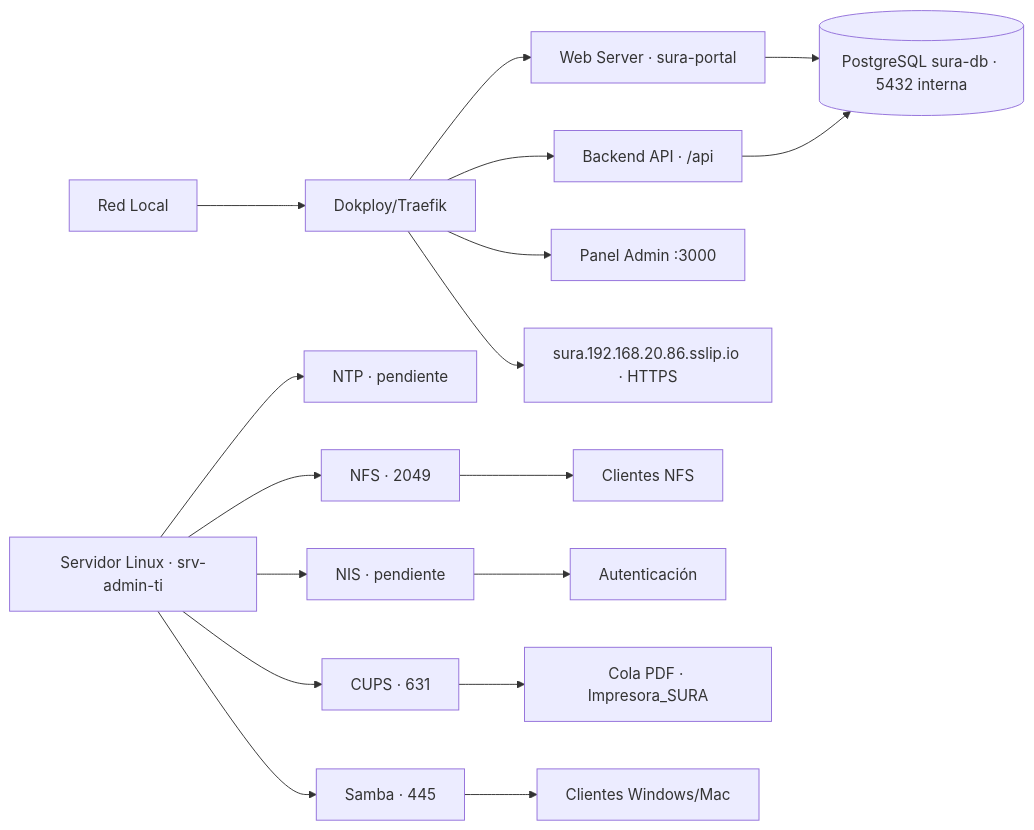
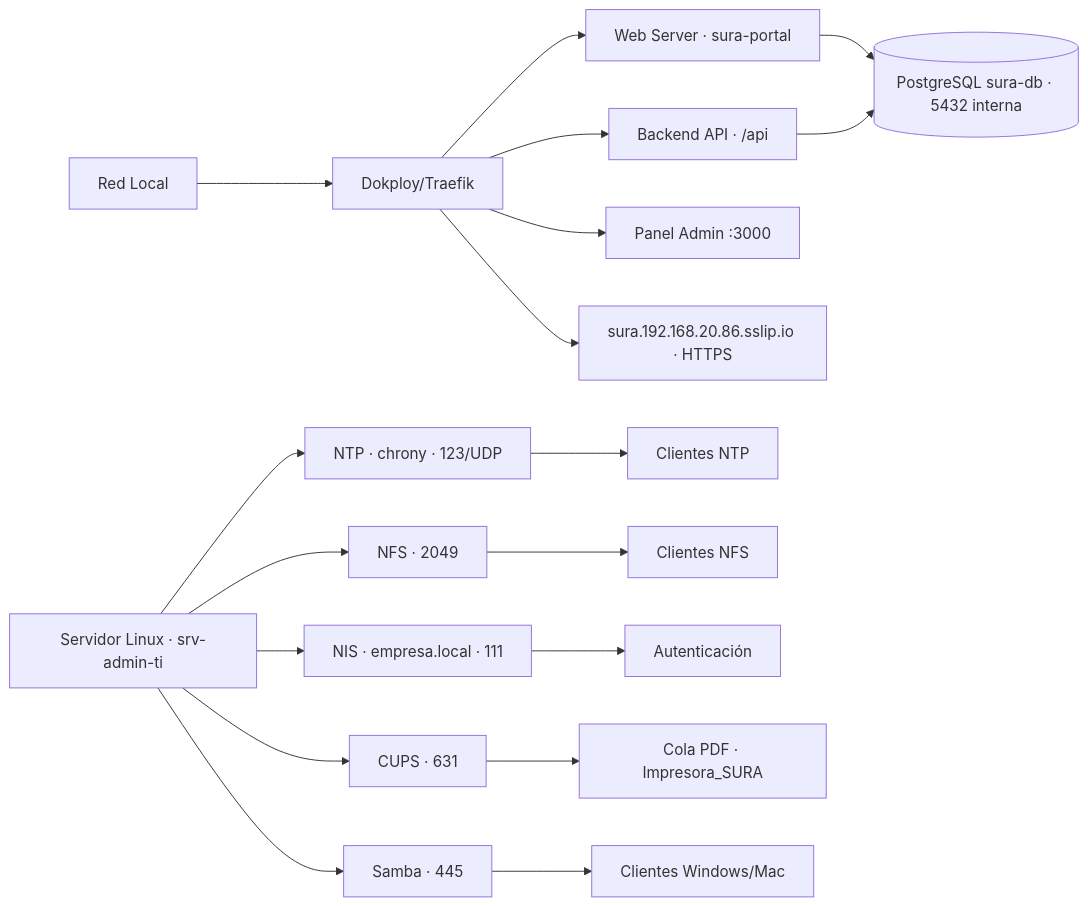
The diagram in analisis.md (optitudes/sura_admin_ti), drawn with Mermaid before and after one commit. The commit also changed other lines of this file and 22 other files, not shown here.

````diff
--- a/analisis.md
+++ b/analisis.md
@@ -111,19 +144,20 @@
 ```mermaid
 graph LR
     A[Red Local] --> B[Dokploy/Traefik]
     B --> C[Web Server · sura-portal]
     B --> D[Backend API · /api]
     B --> E[Panel Admin :3000]
-    F[Servidor Linux · srv-admin-ti] --> G[NTP · pendiente]
+    F[Servidor Linux · srv-admin-ti] --> G[NTP · chrony · 123/UDP]
     F --> H[NFS · 2049]
-    F --> I[NIS · pendiente]
+    F --> I[NIS · empresa.local · 111]
     F --> J[CUPS · 631]
     F --> K[Samba · 445]
     H --> L[Clientes NFS]
     K --> M[Clientes Windows/Mac]
     I --> N[Autenticación]
     C --> O[(PostgreSQL sura-db · 5432 interna)]
     D --> O
     B --> P[sura.192.168.20.86.sslip.io · HTTPS]
     J --> Q[Cola PDF · Impresora_SURA]
+    G --> R[Clientes NTP]
 ```
````
